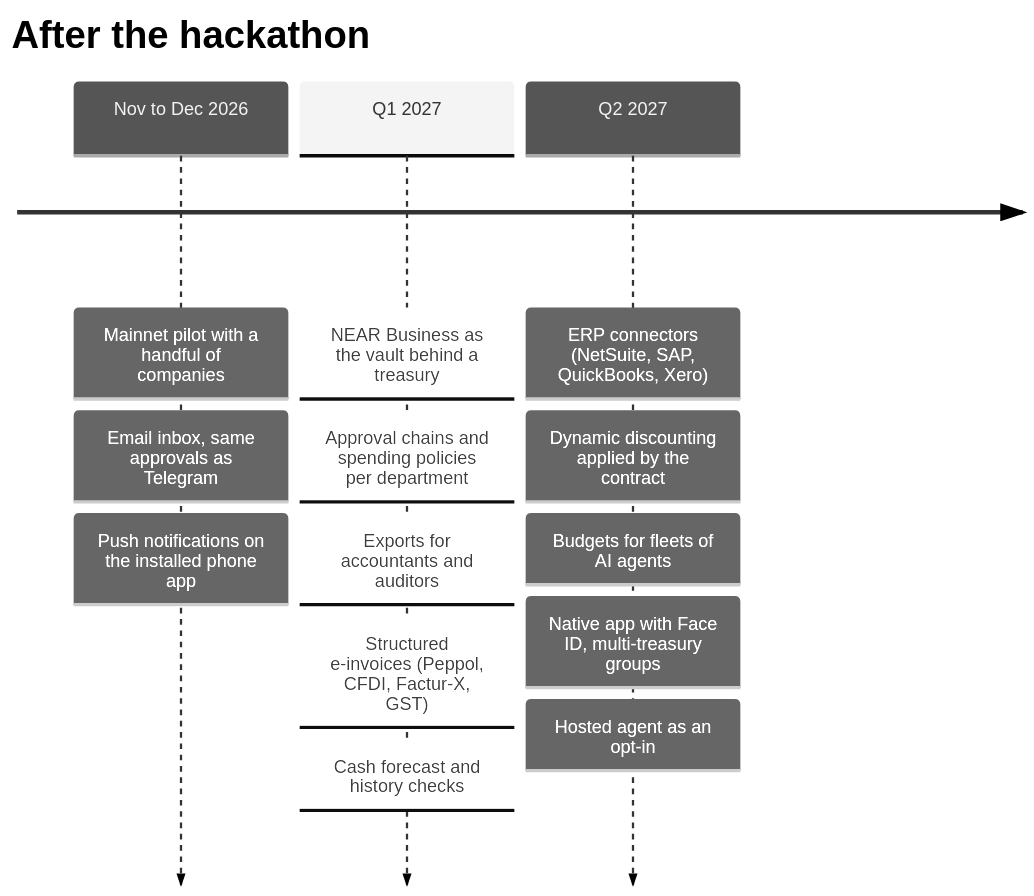
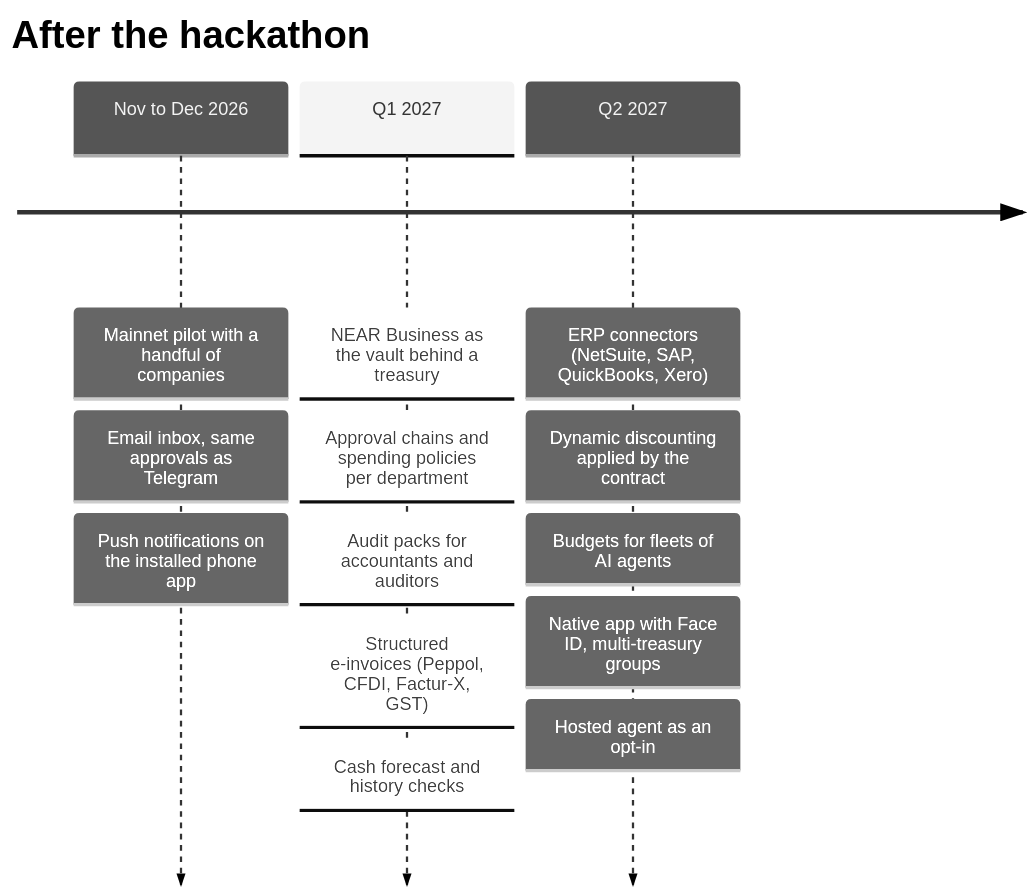
The diagram in ROADMAP.md (DCSteve96/Bursar), drawn with Mermaid (neutral theme) before and after one commit. The commit also changed other lines of this file and 5 other files, not shown here.

````diff
--- a/ROADMAP.md
+++ b/ROADMAP.md
@@ -5,17 +5,17 @@
 ```mermaid
 timeline
     title After the hackathon
     Nov to Dec 2026 : Mainnet pilot with a handful of companies
                     : Email inbox, same approvals as Telegram
                     : Push notifications on the installed phone app
     Q1 2027 : NEAR Business as the vault behind a treasury
             : Approval chains and spending policies per department
-            : Exports for accountants and auditors
+            : Audit packs for accountants and auditors
             : Structured e-invoices (Peppol, CFDI, Factur-X, GST)
             : Cash forecast and history checks
     Q2 2027 : ERP connectors (NetSuite, SAP, QuickBooks, Xero)
             : Dynamic discounting applied by the contract
             : Budgets for fleets of AI agents
             : Native app with Face ID, multi-treasury groups
             : Hosted agent as an opt-in
 ```
````
